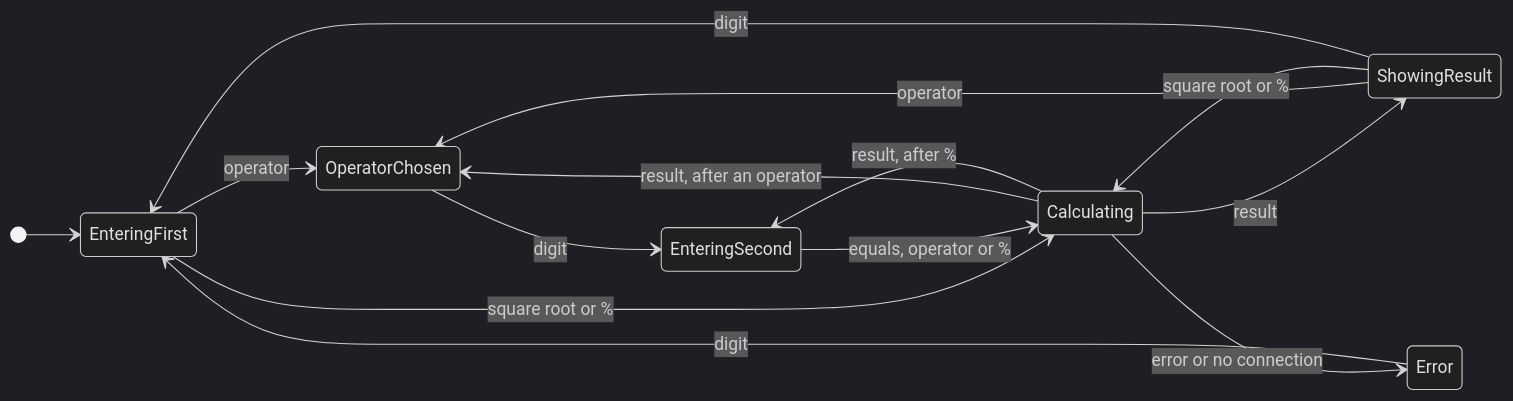
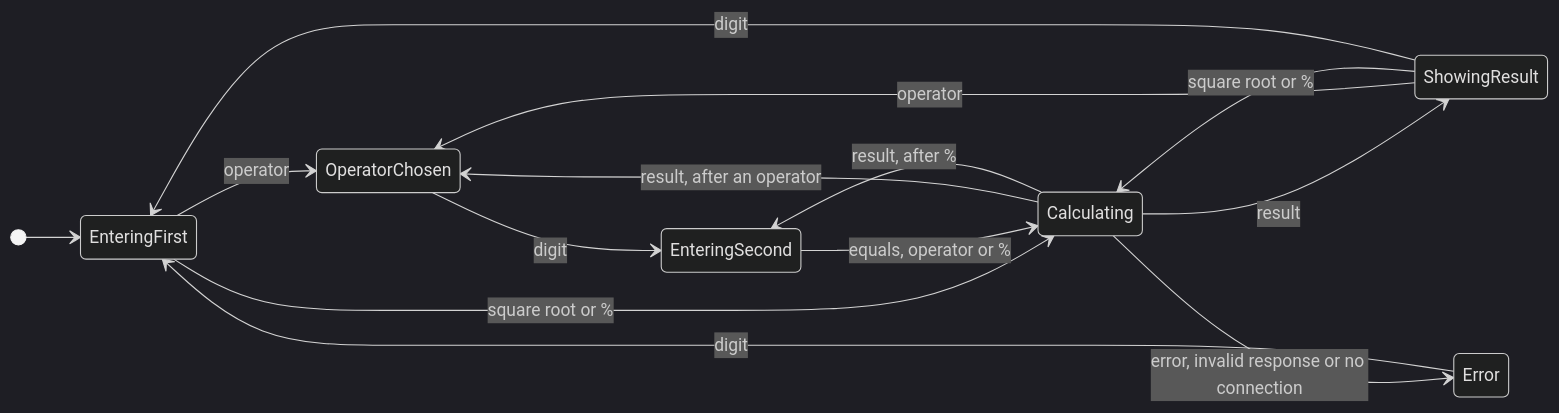
Before and after one commit to FurkanCodes/calculator: the second of 2 diagrams in README.md, drawn with Mermaid (dark theme). The commit also changed other lines of this file and 1 other file, not shown here.

First line of the commit message:
Document the shown-number model, invalidResponse and the wider lint check

````diff
--- a/README.md
+++ b/README.md
@@ -197,17 +197,17 @@
 ```mermaid
 stateDiagram-v2
     direction LR
     [*] --> EnteringFirst
     EnteringFirst --> OperatorChosen: operator
     EnteringFirst --> Calculating: square root or %
     OperatorChosen --> EnteringSecond: digit
     EnteringSecond --> Calculating: equals, operator or %
     Calculating --> ShowingResult: result
     Calculating --> OperatorChosen: result, after an operator
     Calculating --> EnteringSecond: result, after %
-    Calculating --> Error: error or no connection
+    Calculating --> Error: error, invalid response or no connection
     ShowingResult --> OperatorChosen: operator
     ShowingResult --> Calculating: square root or %
     ShowingResult --> EnteringFirst: digit
     Error --> EnteringFirst: digit
 ```
````
